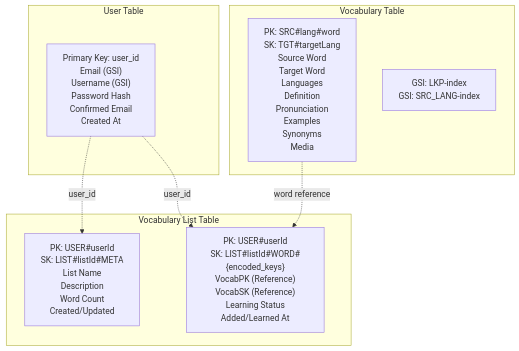
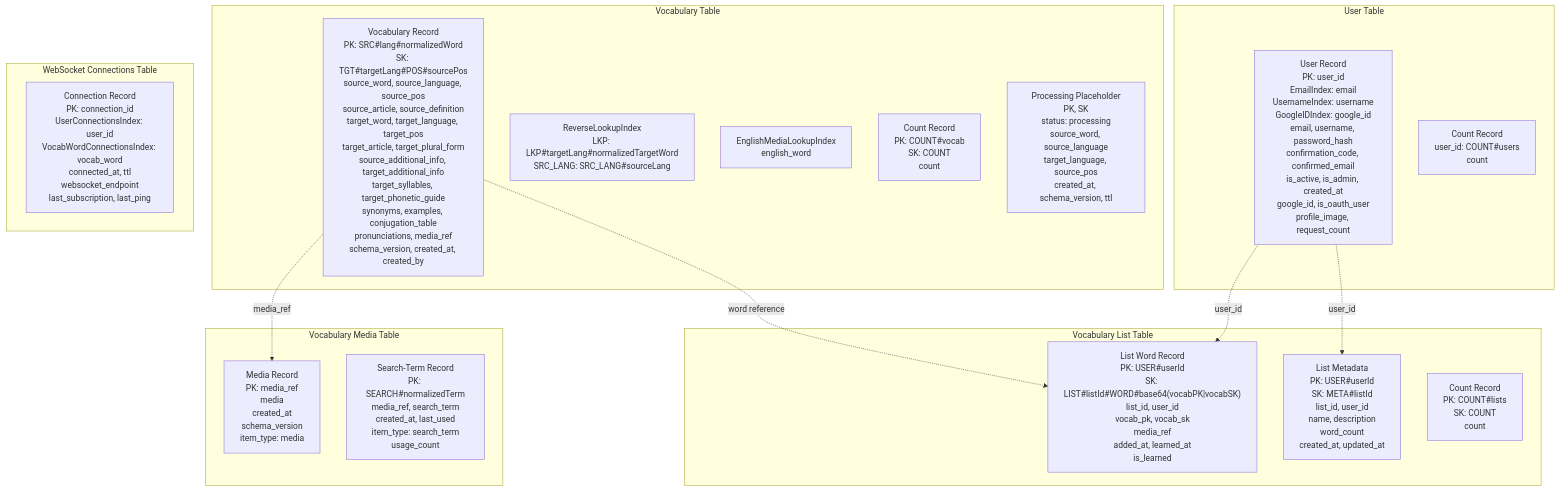
Before and after one commit to AndreasX42/WordWeaveAI: the diagram in restapi/README.md, drawn with Mermaid. The commit also changed other lines of this file and 92 other files, not shown here.

````diff
--- a/restapi/README.md
+++ b/restapi/README.md
@@ -11,20 +11,35 @@
 ```mermaid
 graph TB
     subgraph "User Table"
-        U1["Primary Key: user_id<br/>Email (GSI)<br/>Username (GSI)<br/>Password Hash<br/>Confirmed Email<br/>Created At"]
+        U1["User Record<br/>PK: user_id<br/>EmailIndex: email<br/>UsernameIndex: username<br/>GoogleIDIndex: google_id<br/>email, username, password_hash<br/>confirmation_code, confirmed_email<br/>is_active, is_admin, created_at<br/>google_id, is_oauth_user<br/>profile_image, request_count"]
+        U2["Count Record<br/>user_id: COUNT#users<br/>count"]
     end
 
     subgraph "Vocabulary Table"
-        V1["PK: SRC#lang#word<br/>SK: TGT#targetLang<br/>Source Word<br/>Target Word<br/>Languages<br/>Definition<br/>Pronunciation<br/>Examples<br/>Synonyms<br/>Media"]
-        V2["GSI: LKP-index<br/>GSI: SRC_LANG-index"]
+        V1["Vocabulary Record<br/>PK: SRC#lang#normalizedWord<br/>SK: TGT#targetLang#POS#sourcePos<br/>source_word, source_language, source_pos<br/>source_article, source_definition<br/>target_word, target_language, target_pos<br/>target_article, target_plural_form<br/>source_additional_info, target_additional_info<br/>target_syllables, target_phonetic_guide<br/>synonyms, examples, conjugation_table<br/>pronunciations, media_ref<br/>schema_version, created_at, created_by"]
+        V2["ReverseLookupIndex<br/>LKP: LKP#targetLang#normalizedTargetWord<br/>SRC_LANG: SRC_LANG#sourceLang"]
+        V3["EnglishMediaLookupIndex<br/>english_word"]
+        V4["Count Record<br/>PK: COUNT#vocab<br/>SK: COUNT<br/>count"]
+        V5["Processing Placeholder<br/>PK, SK<br/>status: processing<br/>source_word, source_language<br/>target_language, source_pos<br/>created_at, schema_version, ttl"]
     end
 
     subgraph "Vocabulary List Table"
-        VL1["PK: USER#userId<br/>SK: LIST#listId#META<br/>List Name<br/>Description<br/>Word Count<br/>Created/Updated"]
-        VL2["PK: USER#userId<br/>SK: LIST#listId#WORD#{encoded_keys}<br/>VocabPK (Reference)<br/>VocabSK (Reference)<br/>Learning Status<br/>Added/Learned At"]
+        VL1["List Metadata<br/>PK: USER#userId<br/>SK: META#listId<br/>list_id, user_id<br/>name, description<br/>word_count<br/>created_at, updated_at"]
+        VL2["List Word Record<br/>PK: USER#userId<br/>SK: LIST#listId#WORD#base64(vocabPK|vocabSK)<br/>list_id, user_id<br/>vocab_pk, vocab_sk<br/>media_ref<br/>added_at, learned_at<br/>is_learned"]
+        VL3["Count Record<br/>PK: COUNT#lists<br/>SK: COUNT<br/>count"]
+    end
+
+    subgraph "Vocabulary Media Table"
+        M1["Media Record<br/>PK: media_ref<br/>media<br/>created_at<br/>schema_version<br/>item_type: media"]
+        M2["Search-Term Record<br/>PK: SEARCH#normalizedTerm<br/>media_ref, search_term<br/>created_at, last_used<br/>item_type: search_term<br/>usage_count"]
+    end
+
+    subgraph "WebSocket Connections Table"
+        W1["Connection Record<br/>PK: connection_id<br/>UserConnectionsIndex: user_id<br/>VocabWordConnectionsIndex: vocab_word<br/>connected_at, ttl<br/>websocket_endpoint<br/>last_subscription, last_ping"]
     end
 
     U1 -.->|"user_id"| VL1
     U1 -.->|"user_id"| VL2
     V1 -.->|"word reference"| VL2
+    V1 -.->|"media_ref"| M1
 ```
````
